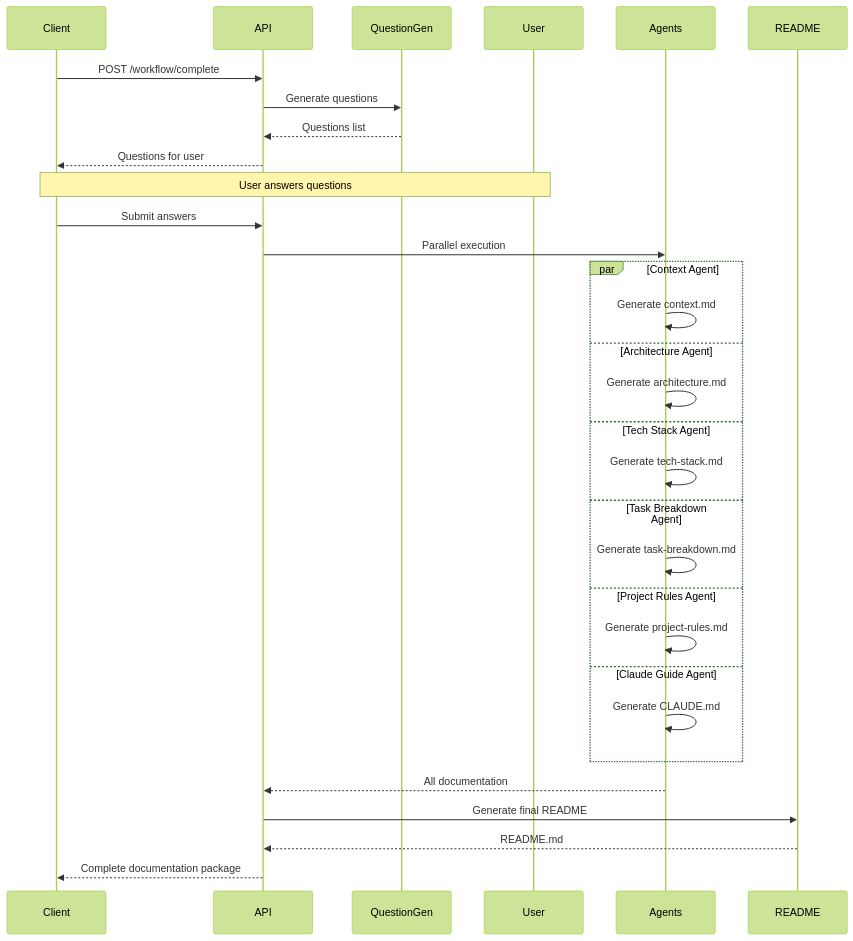
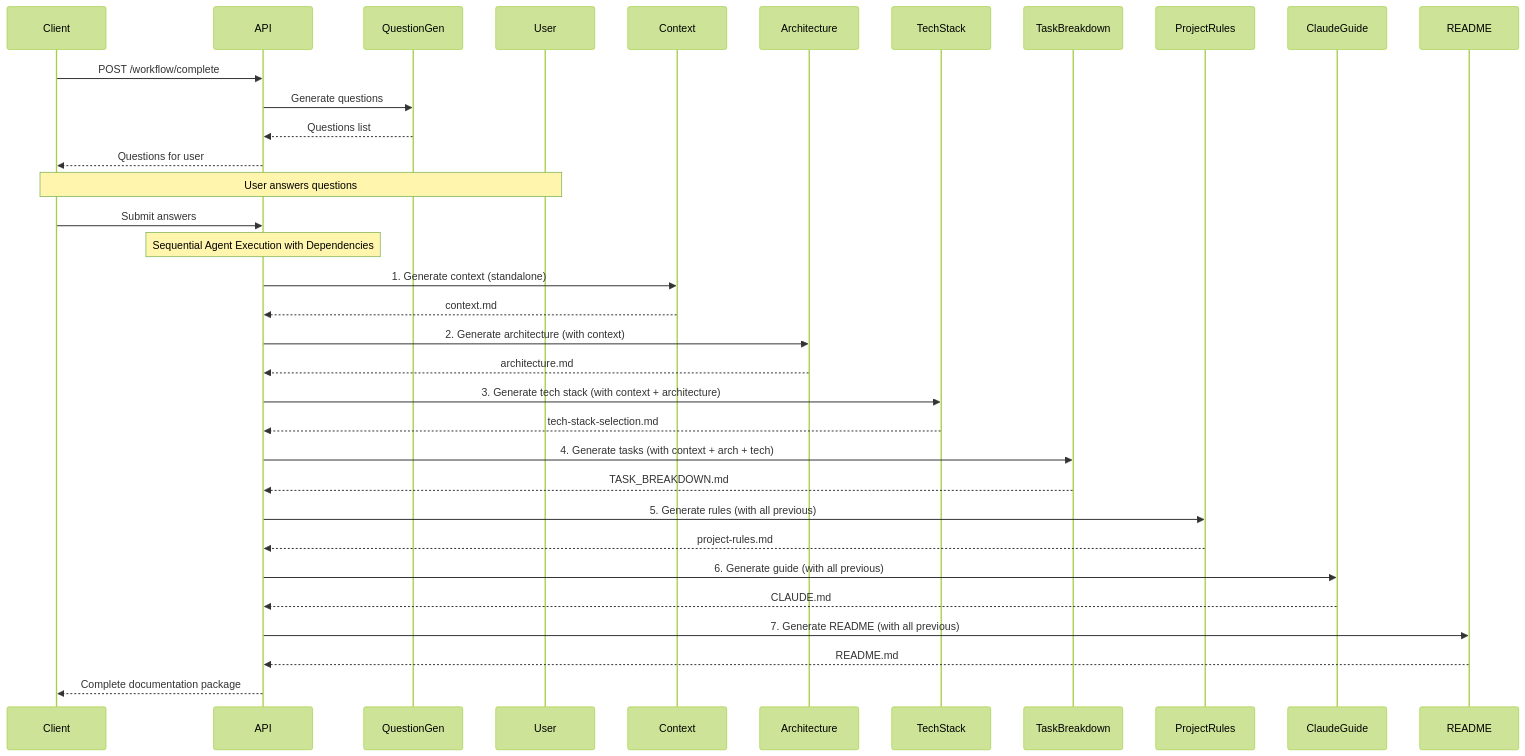
Before and after one commit to hamzaPixl/davai: the first of 2 diagrams in backend/docs/API_WORKFLOW.md, drawn with Mermaid (forest theme). The commit also changed other lines of this file and 16 other files, not shown here.

````diff
--- a/backend/docs/API_WORKFLOW.md
+++ b/backend/docs/API_WORKFLOW.md
@@ -273,38 +304,48 @@
 ```mermaid
 sequenceDiagram
     participant Client
     participant API
     participant QuestionGen
     participant User
-    participant Agents
+    participant Context
+    participant Architecture
+    participant TechStack
+    participant TaskBreakdown
+    participant ProjectRules
+    participant ClaudeGuide
     participant README
 
     Client->>API: POST /workflow/complete
     API->>QuestionGen: Generate questions
     QuestionGen-->>API: Questions list
     API-->>Client: Questions for user
-    
+
     Note over Client,User: User answers questions
-    
+
     Client->>API: Submit answers
-    API->>Agents: Parallel execution
-    
-    par Context Agent
-        Agents->>Agents: Generate context.md
-    and Architecture Agent
-        Agents->>Agents: Generate architecture.md
-    and Tech Stack Agent
-        Agents->>Agents: Generate tech-stack.md
-    and Task Breakdown Agent
-        Agents->>Agents: Generate task-breakdown.md
-    and Project Rules Agent
-        Agents->>Agents: Generate project-rules.md
-    and Claude Guide Agent
-        Agents->>Agents: Generate CLAUDE.md
-    end
-    
-    Agents-->>API: All documentation
-    API->>README: Generate final README
+
+    Note over API: Sequential Agent Execution with Dependencies
+
+    API->>Context: 1. Generate context (standalone)
+    Context-->>API: context.md
+
+    API->>Architecture: 2. Generate architecture (with context)
+    Architecture-->>API: architecture.md
+
+    API->>TechStack: 3. Generate tech stack (with context + architecture)
+    TechStack-->>API: tech-stack-selection.md
+
+    API->>TaskBreakdown: 4. Generate tasks (with context + arch + tech)
+    TaskBreakdown-->>API: TASK_BREAKDOWN.md
+
+    API->>ProjectRules: 5. Generate rules (with all previous)
+    ProjectRules-->>API: project-rules.md
+
+    API->>ClaudeGuide: 6. Generate guide (with all previous)
+    ClaudeGuide-->>API: CLAUDE.md
+
+    API->>README: 7. Generate README (with all previous)
     README-->>API: README.md
+
     API-->>Client: Complete documentation package
 ```
````
